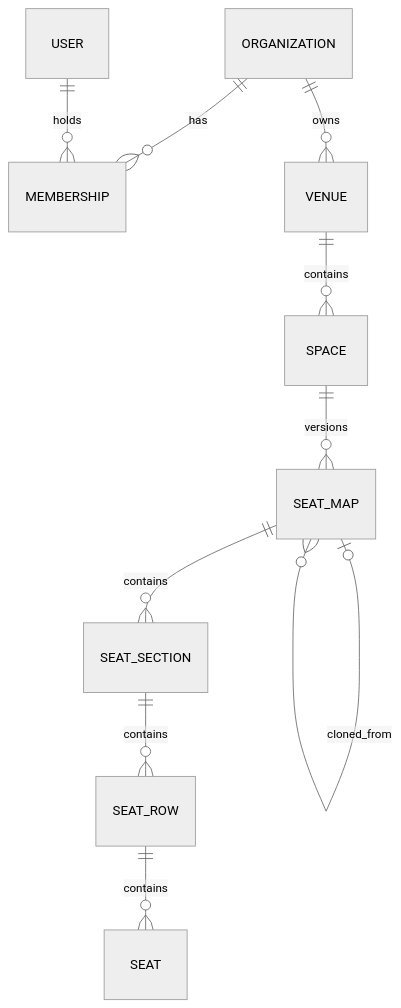
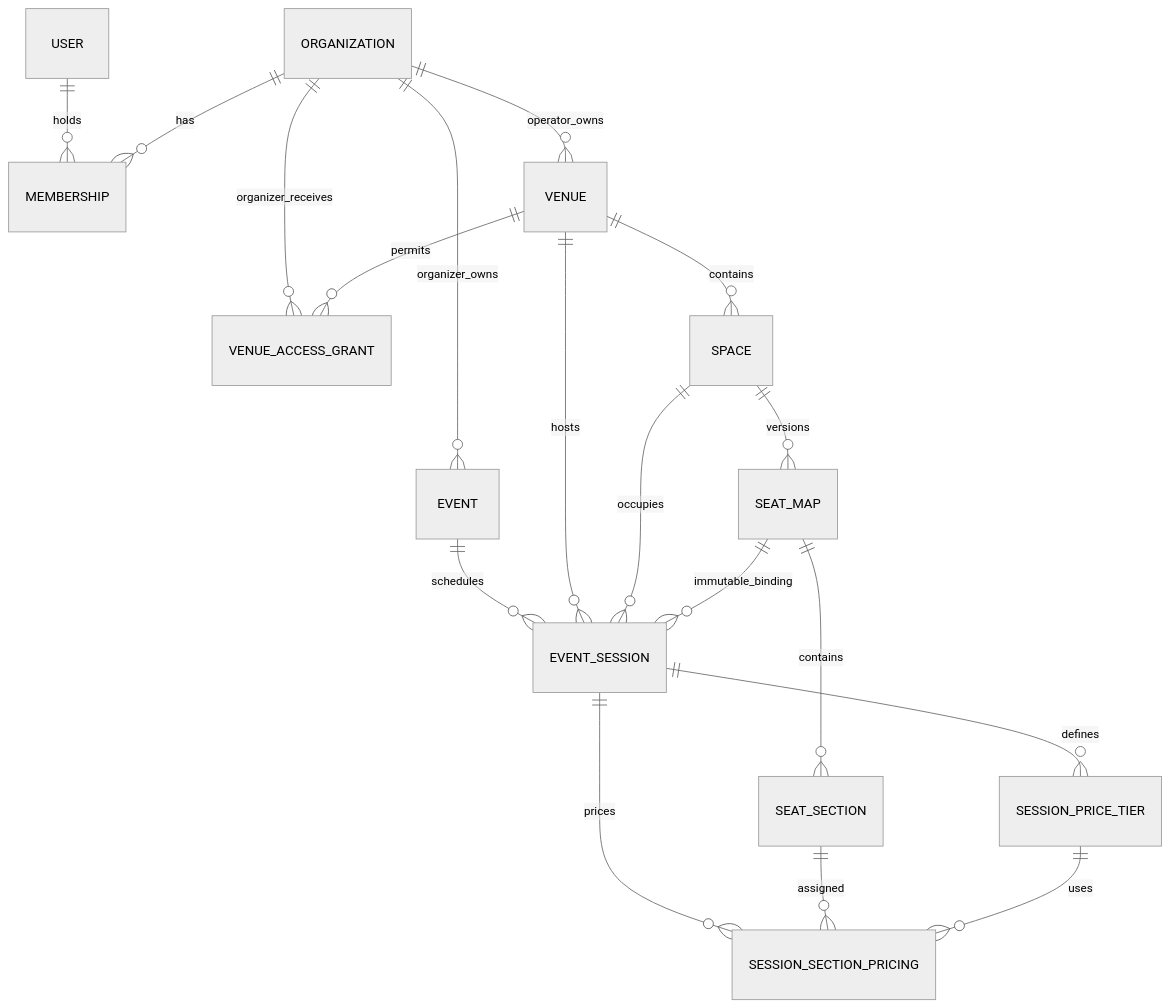
The diagram in docs/architecture.md (tahagurvardar/seatflow), drawn with Mermaid (neutral theme) before and after one commit. The commit also changed other lines of this file and 69 other files, not shown here.

````diff
--- a/docs/architecture.md
+++ b/docs/architecture.md
@@ -30,12 +11,20 @@
 ```mermaid
 erDiagram
+  USER ||--o{ MEMBERSHIP : holds
   ORGANIZATION ||--o{ MEMBERSHIP : has
-  USER ||--o{ MEMBERSHIP : holds
-  ORGANIZATION ||--o{ VENUE : owns
+  ORGANIZATION ||--o{ VENUE : operator_owns
+  ORGANIZATION ||--o{ EVENT : organizer_owns
+  ORGANIZATION ||--o{ VENUE_ACCESS_GRANT : organizer_receives
+  VENUE ||--o{ VENUE_ACCESS_GRANT : permits
   VENUE ||--o{ SPACE : contains
   SPACE ||--o{ SEAT_MAP : versions
-  SEAT_MAP o|--o{ SEAT_MAP : cloned_from
   SEAT_MAP ||--o{ SEAT_SECTION : contains
-  SEAT_SECTION ||--o{ SEAT_ROW : contains
-  SEAT_ROW ||--o{ SEAT : contains
+  EVENT ||--o{ EVENT_SESSION : schedules
+  VENUE ||--o{ EVENT_SESSION : hosts
+  SPACE ||--o{ EVENT_SESSION : occupies
+  SEAT_MAP ||--o{ EVENT_SESSION : immutable_binding
+  EVENT_SESSION ||--o{ SESSION_PRICE_TIER : defines
+  EVENT_SESSION ||--o{ SESSION_SECTION_PRICING : prices
+  SEAT_SECTION ||--o{ SESSION_SECTION_PRICING : assigned
+  SESSION_PRICE_TIER ||--o{ SESSION_SECTION_PRICING : uses
 ```
````
